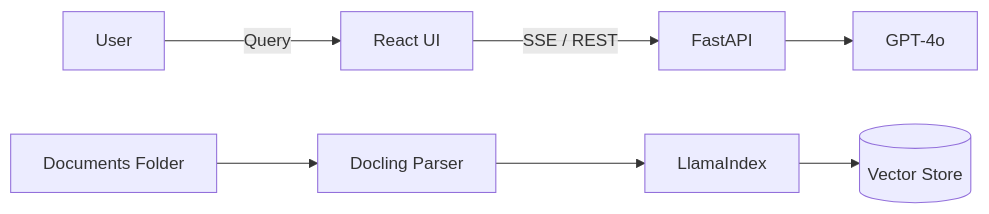
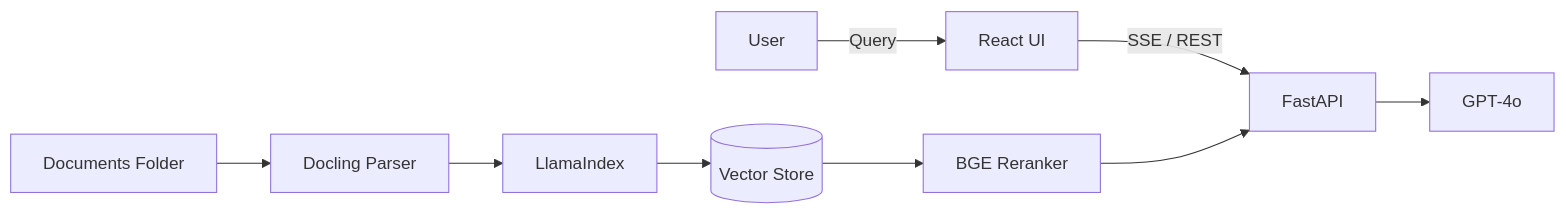
One commit to metaphor829/RAG-Chatbot changed the diagram in README.md. Above: the diagram before and after it, drawn with Mermaid. The commit also changed other lines of this file, not shown here.

Commit message:
Tweak README demo and architecture diagram

````diff
--- a/README.md
+++ b/README.md
@@ -24,9 +26,11 @@
 ```mermaid
 graph LR
   U[User] -->|Query| FE[React UI]
   FE -->|SSE / REST| API[FastAPI]
   DOCS[Documents Folder] --> DOC[Docling Parser]
   DOC --> IDX[LlamaIndex]
   IDX --> VDB[(Vector Store)]
+  VDB --> RR[BGE Reranker]
+  RR --> API
   API --> LLM[GPT-4o]
 ```
````
